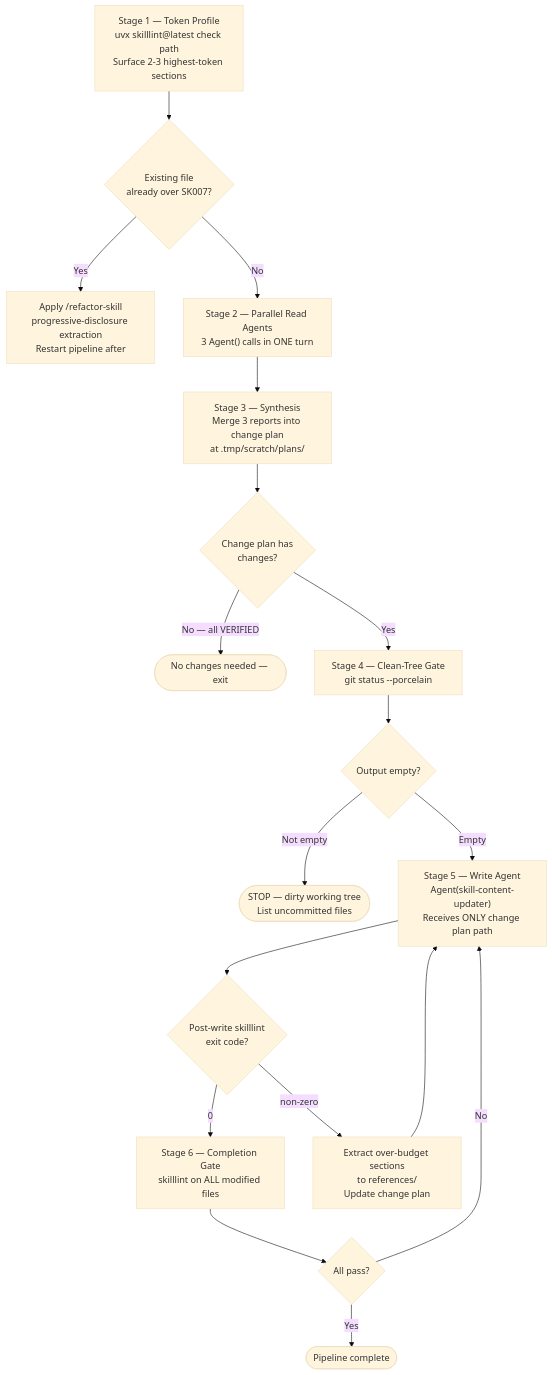
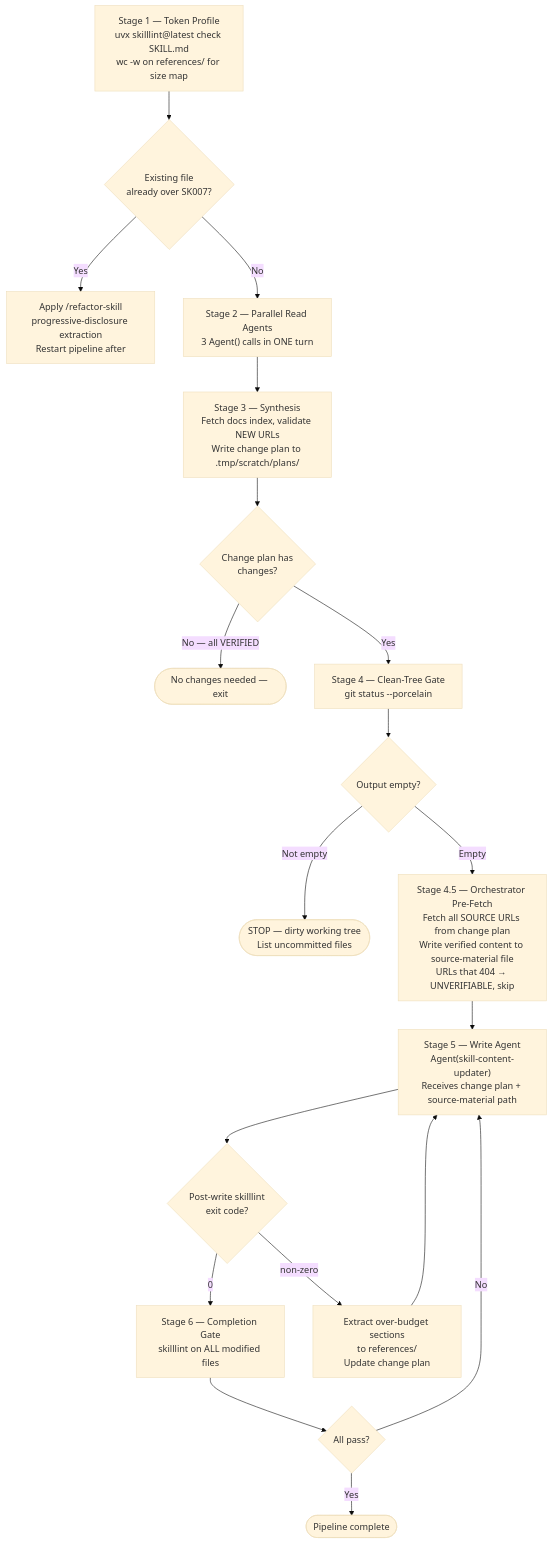
The diagram in plugins/plugin-creator/skills/skill-sync/SKILL.md (chgreer1070/claude_skills), drawn with Mermaid (base theme) before and after one commit. The commit also changed other lines of this file and 5 other files, not shown here.

````diff
--- a/plugins/plugin-creator/skills/skill-sync/SKILL.md
+++ b/plugins/plugin-creator/skills/skill-sync/SKILL.md
@@ -23,25 +23,26 @@
 ```mermaid
 flowchart TD
-    S1["Stage 1 — Token Profile<br>uvx skilllint@latest check path<br>Surface 2-3 highest-token sections"] --> S1Q
+    S1["Stage 1 — Token Profile<br>uvx skilllint@latest check SKILL.md<br>wc -w on references/ for size map"] --> S1Q
     S1Q{"Existing file<br>already over SK007?"}
     S1Q -->|"Yes"| S1R["Apply /refactor-skill<br>progressive-disclosure extraction<br>Restart pipeline after"]
     S1Q -->|"No"| S2
     S2["Stage 2 — Parallel Read Agents<br>3 Agent() calls in ONE turn"] --> S3
-    S3["Stage 3 — Synthesis<br>Merge 3 reports into change plan<br>at .tmp/scratch/plans/"] --> S3Q
+    S3["Stage 3 — Synthesis<br>Fetch docs index, validate NEW URLs<br>Write change plan to .tmp/scratch/plans/"] --> S3Q
     S3Q{"Change plan has<br>changes?"}
     S3Q -->|"No — all VERIFIED"| Done1(["No changes needed — exit"])
     S3Q -->|"Yes"| S4
     S4["Stage 4 — Clean-Tree Gate<br>git status --porcelain"] --> S4Q
     S4Q{"Output empty?"}
     S4Q -->|"Not empty"| S4Stop(["STOP — dirty working tree<br>List uncommitted files"])
-    S4Q -->|"Empty"| S5
-    S5["Stage 5 — Write Agent<br>Agent(skill-content-updater)<br>Receives ONLY change plan path"] --> S5Q
+    S4Q -->|"Empty"| S45
+    S45["Stage 4.5 — Orchestrator Pre-Fetch<br>Fetch all SOURCE URLs from change plan<br>Write verified content to source-material file<br>URLs that 404 → UNVERIFIABLE, skip"] --> S5
+    S5["Stage 5 — Write Agent<br>Agent(skill-content-updater)<br>Receives change plan + source-material path"] --> S5Q
     S5Q{"Post-write skilllint<br>exit code?"}
     S5Q -->|"0"| S6
     S5Q -->|"non-zero"| S5R["Extract over-budget sections<br>to references/<br>Update change plan"]
     S5R --> S5
     S6["Stage 6 — Completion Gate<br>skilllint on ALL modified files"] --> S6Q
     S6Q{"All pass?"}
     S6Q -->|"Yes"| Done2(["Pipeline complete"])
     S6Q -->|"No"| S5
 ```
````
